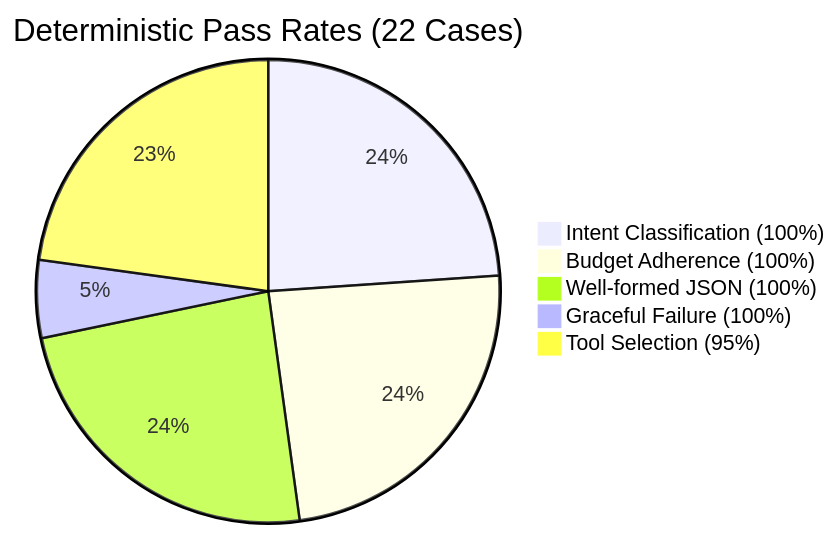
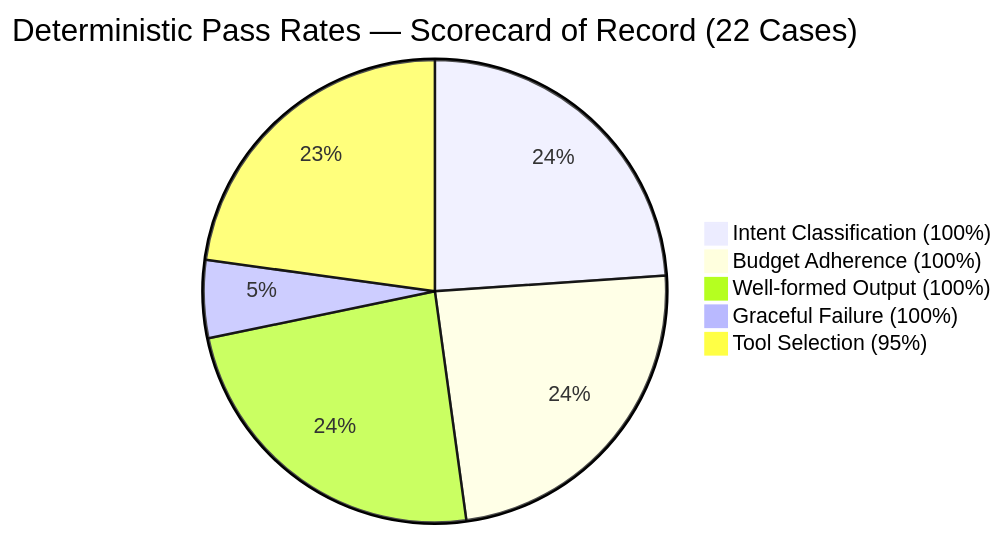
Before and after one commit to AdityaMedidala/astroagent: the first of 2 diagrams in EVALUATION.md, drawn with Mermaid. The commit also changed other lines of this file and 2 other files, not shown here.

Commit message:
docs: finalize README + EVALUATION to scorecard-of-record run

````diff
--- a/EVALUATION.md
+++ b/EVALUATION.md
@@ -13,8 +15,8 @@
 ```mermaid
-pie title Deterministic Pass Rates (22 Cases)
+pie title Deterministic Pass Rates — Scorecard of Record (22 Cases)
     "Intent Classification (100%)" : 22
     "Budget Adherence (100%)" : 22
-    "Well-formed JSON (100%)" : 22
+    "Well-formed Output (100%)" : 22
     "Graceful Failure (100%)" : 5
     "Tool Selection (95%)" : 21
 ```
````
